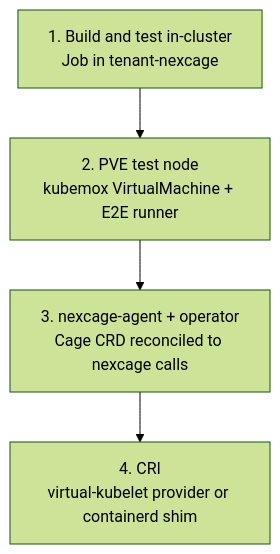
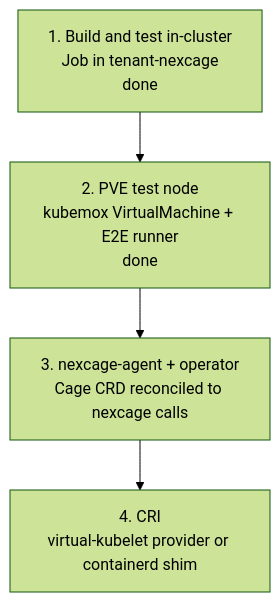
Before and after one commit to CageForge/nexcage: the diagram in docs/KUBERNETES_INTEGRATION.md, drawn with Mermaid (forest theme). The commit also changed other lines of this file and 12 other files, not shown here.

````diff
--- a/docs/KUBERNETES_INTEGRATION.md
+++ b/docs/KUBERNETES_INTEGRATION.md
@@ -55,6 +55,6 @@
 ```mermaid
 flowchart TD
-  S1["1. Build and test in-cluster<br/>Job in tenant-nexcage"] --> S2["2. PVE test node<br/>kubemox VirtualMachine + E2E runner"]
+  S1["1. Build and test in-cluster<br/>Job in tenant-nexcage<br/>done"] --> S2["2. PVE test node<br/>kubemox VirtualMachine + E2E runner<br/>done"]
   S2 --> S3["3. nexcage-agent + operator<br/>Cage CRD reconciled to nexcage calls"]
   S3 --> S4["4. CRI<br/>virtual-kubelet provider or containerd shim"]
 ```
````
